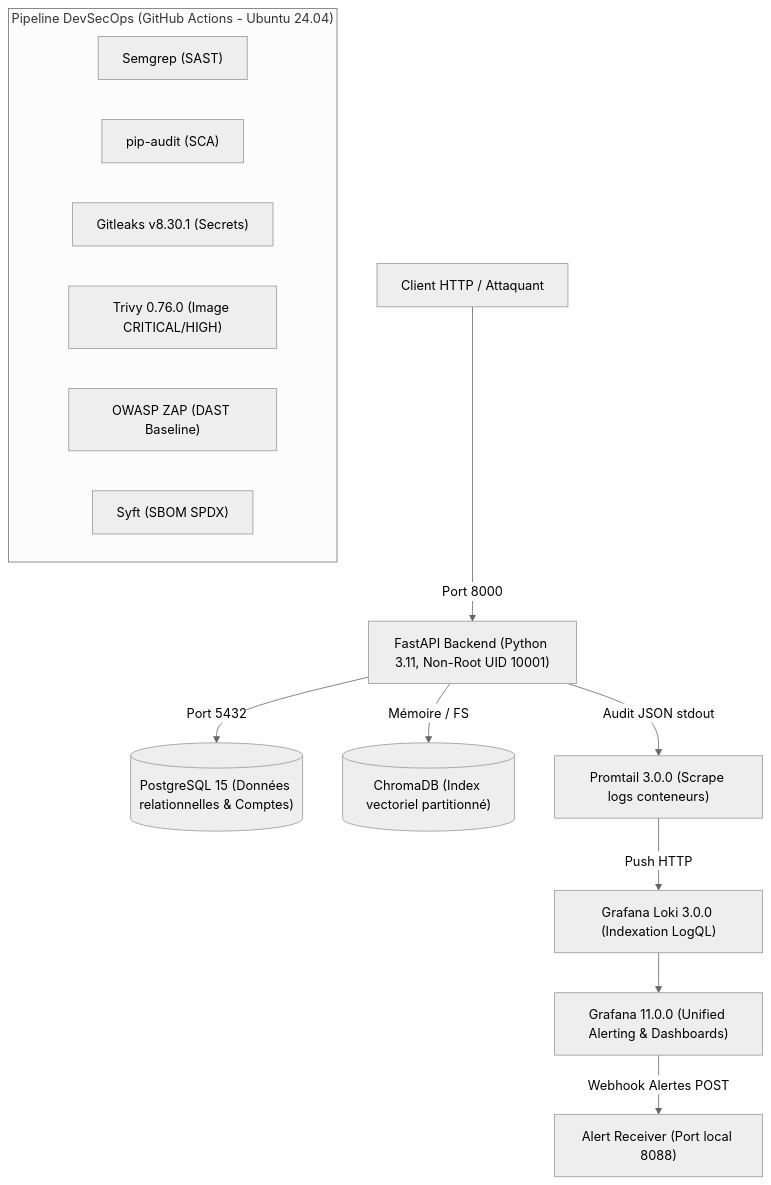
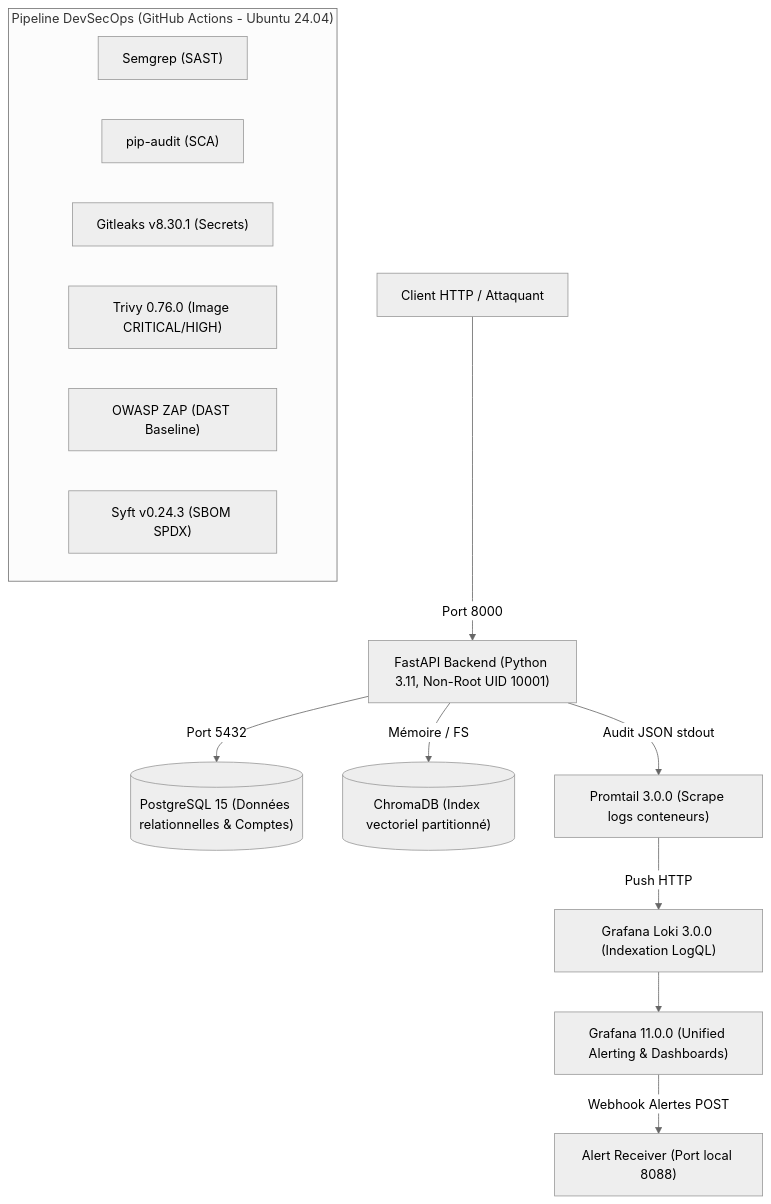
The diagram in docs/PORTFOLIO.md (h-4mza/TenantGuard), drawn with Mermaid (neutral theme) before and after one commit. The commit also changed other lines of this file and 12 other files, not shown here.

````diff
--- a/docs/PORTFOLIO.md
+++ b/docs/PORTFOLIO.md
@@ -38,19 +38,19 @@
 ```mermaid
 graph TD
     User["Client HTTP / Attaquant"] -->|Port 8000| API["FastAPI Backend (Python 3.11, Non-Root UID 10001)"]
     API -->|Port 5432| DB[("PostgreSQL 15 (Données relationnelles & Comptes)")]
     API -->|Mémoire / FS| Chroma[("ChromaDB (Index vectoriel partitionné)")]
     API -->|Audit JSON stdout| Promtail["Promtail 3.0.0 (Scrape logs conteneurs)"]
     Promtail -->|Push HTTP| Loki["Grafana Loki 3.0.0 (Indexation LogQL)"]
     Loki --> Grafana["Grafana 11.0.0 (Unified Alerting & Dashboards)"]
     Grafana -->|Webhook Alertes POST| Receiver["Alert Receiver (Port local 8088)"]
     
     subgraph CI_CD ["Pipeline DevSecOps (GitHub Actions - Ubuntu 24.04)"]
         SAST["Semgrep (SAST)"]
         SCA["pip-audit (SCA)"]
         Secrets["Gitleaks v8.30.1 (Secrets)"]
         Trivy["Trivy 0.76.0 (Image CRITICAL/HIGH)"]
         DAST["OWASP ZAP (DAST Baseline)"]
-        SBOM["Syft (SBOM SPDX)"]
+        SBOM["Syft v0.24.3 (SBOM SPDX)"]
     end
 ```
````
